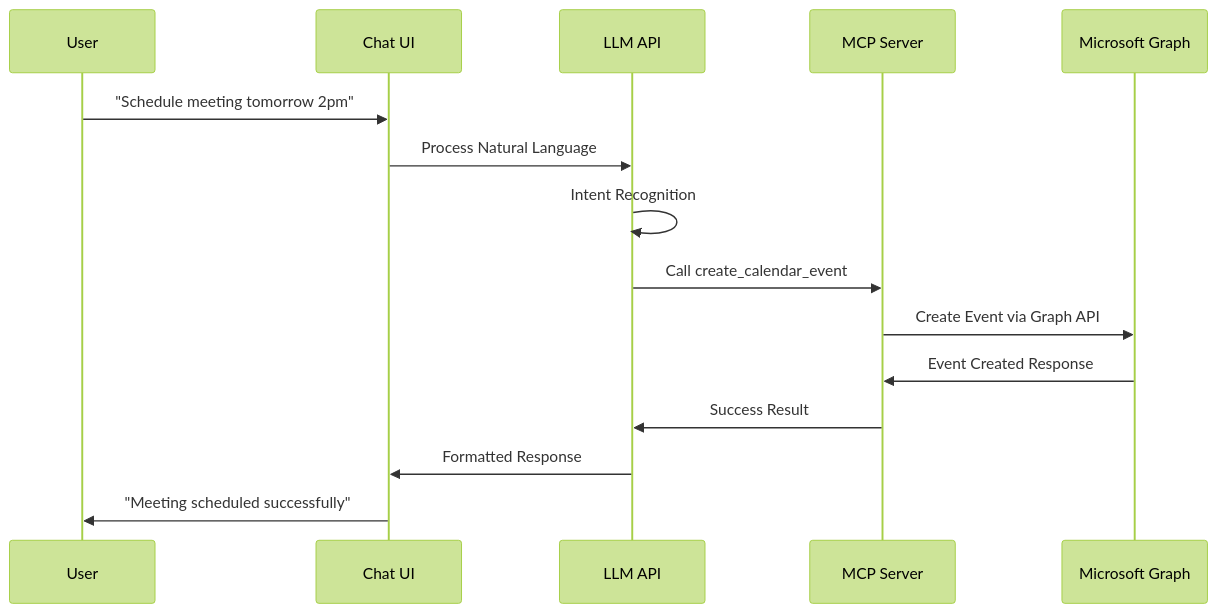
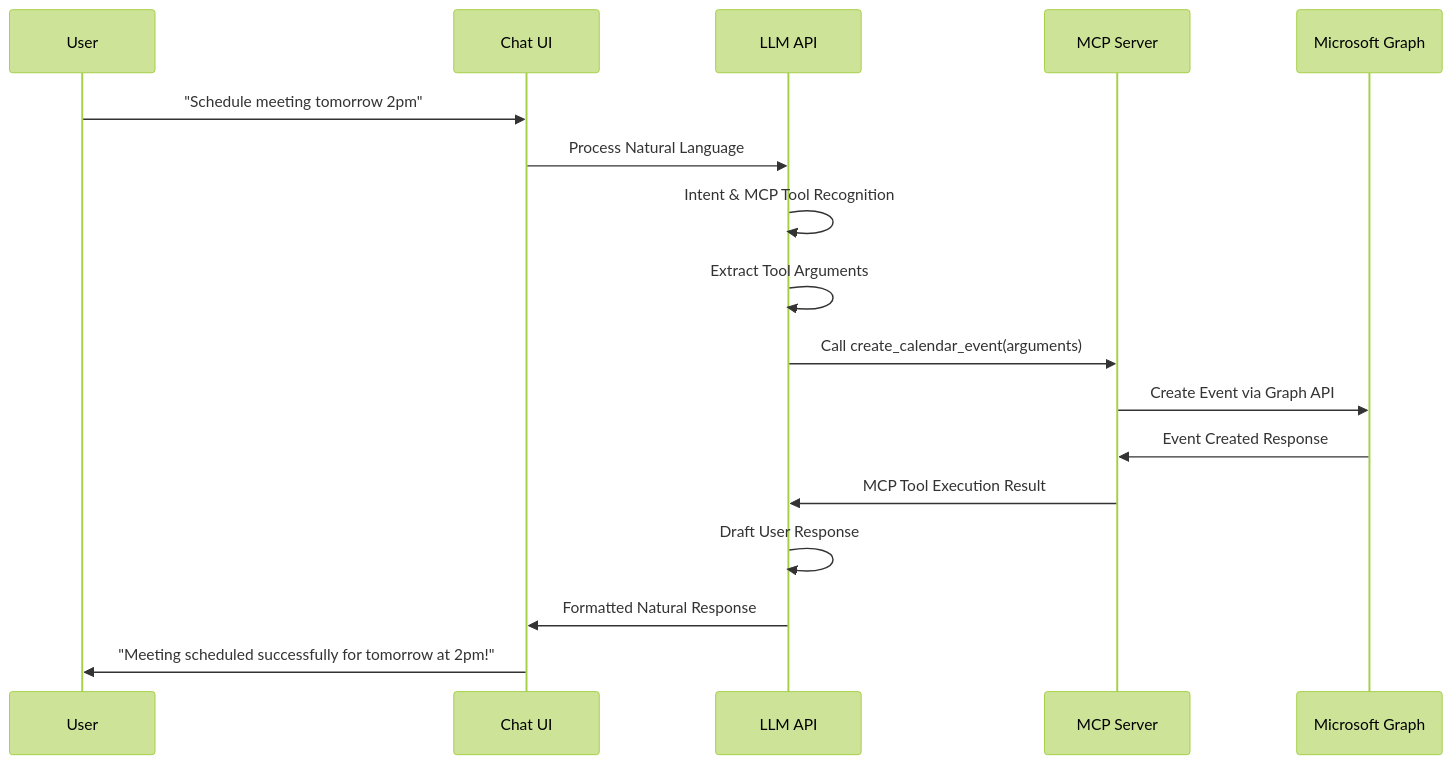
The second of 2 diagrams in README.md (siddhraj-sinh/AICalendar), drawn with Mermaid (forest theme) before and after one commit. The commit also changed other lines of this file, not shown here.

````diff
--- a/README.md
+++ b/README.md
@@ -114,18 +78,20 @@
 ```mermaid
 sequenceDiagram
     participant U as User
     participant UI as Chat UI
     participant LLM as LLM API
     participant MCP as MCP Server
     participant Graph as Microsoft Graph
     
     U->>UI: "Schedule meeting tomorrow 2pm"
     UI->>LLM: Process Natural Language
-    LLM->>LLM: Intent Recognition
-    LLM->>MCP: Call create_calendar_event
+    LLM->>LLM: Intent & MCP Tool Recognition
+    LLM->>LLM: Extract Tool Arguments
+    LLM->>MCP: Call create_calendar_event(arguments)
     MCP->>Graph: Create Event via Graph API
     Graph->>MCP: Event Created Response
-    MCP->>LLM: Success Result
-    LLM->>UI: Formatted Response
-    UI->>U: "Meeting scheduled successfully"
+    MCP->>LLM: MCP Tool Execution Result
+    LLM->>LLM: Draft User Response
+    LLM->>UI: Formatted Natural Response
+    UI->>U: "Meeting scheduled successfully for tomorrow at 2pm!"
 ```
````
